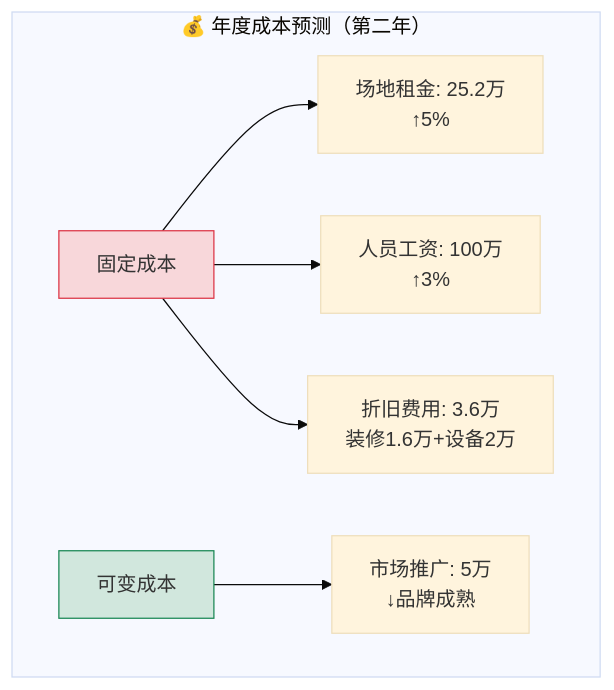
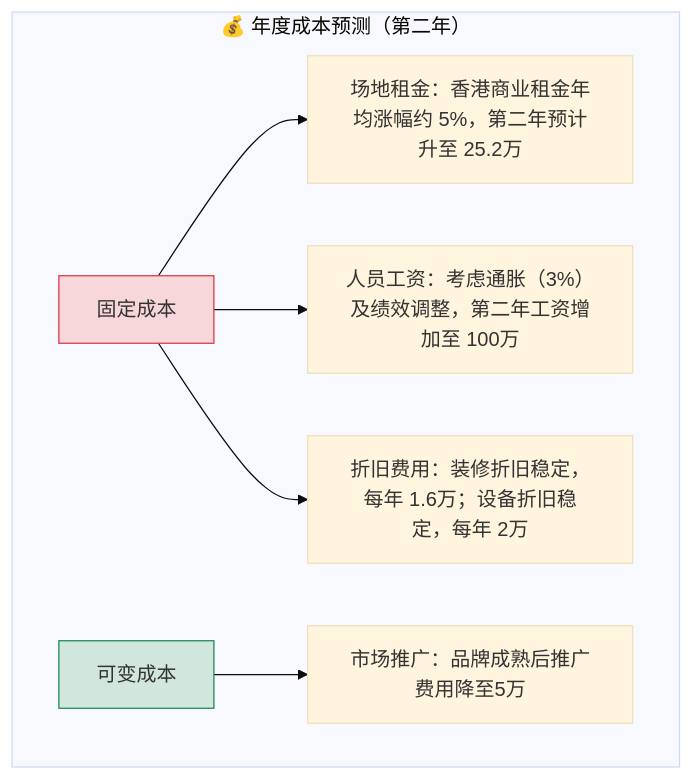
The first of 3 diagrams in README.md (NaturalRice/git-demo), drawn with Mermaid (base theme) before and after one commit.

````diff
--- a/README.md
+++ b/README.md
@@ -4,11 +4,11 @@
 ```mermaid
 flowchart TD
     subgraph 成本预测["💰 年度成本预测（第二年）"]
-        A[固定成本] --> A1["场地租金: 25.2万\n↑5%"]
-        A --> A2["人员工资: 100万\n↑3%"]
-        A --> A3["折旧费用: 3.6万\n装修1.6万+设备2万"]
-        B[可变成本] --> B1["市场推广: 5万\n↓品牌成熟"]
+        A[固定成本] --> A1["场地租金：香港商业租金年均涨幅约 5%，第二年预计升至 25.2万"]
+        A --> A2["人员工资：考虑通胀（3%）及绩效调整，第二年工资增加至 100万"]
+        A --> A3["折旧费用：装修折旧稳定，每年 1.6万；设备折旧稳定，每年 2万"]
+        B[可变成本] --> B1["市场推广：品牌成熟后推广费用降至5万"]
     end
     style A fill:#f8d7da,stroke:#dc3545
     style B fill:#d1e7dd,stroke:#198754
 ```
````
